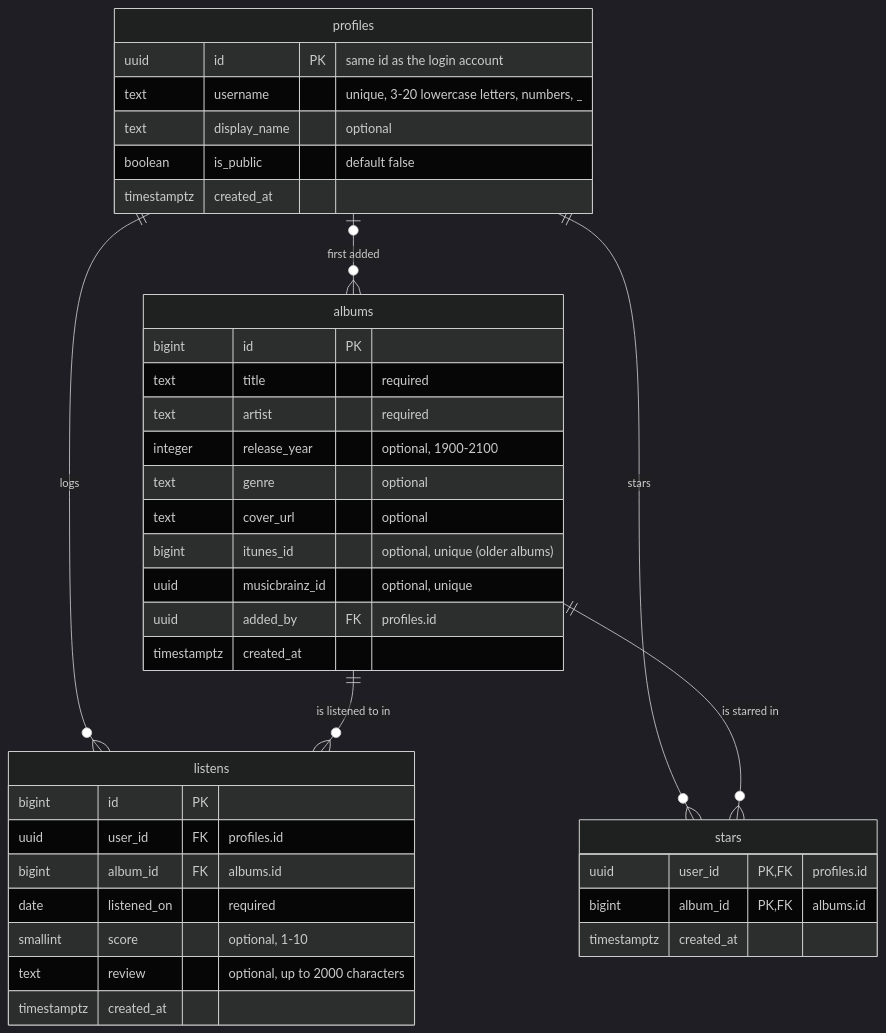
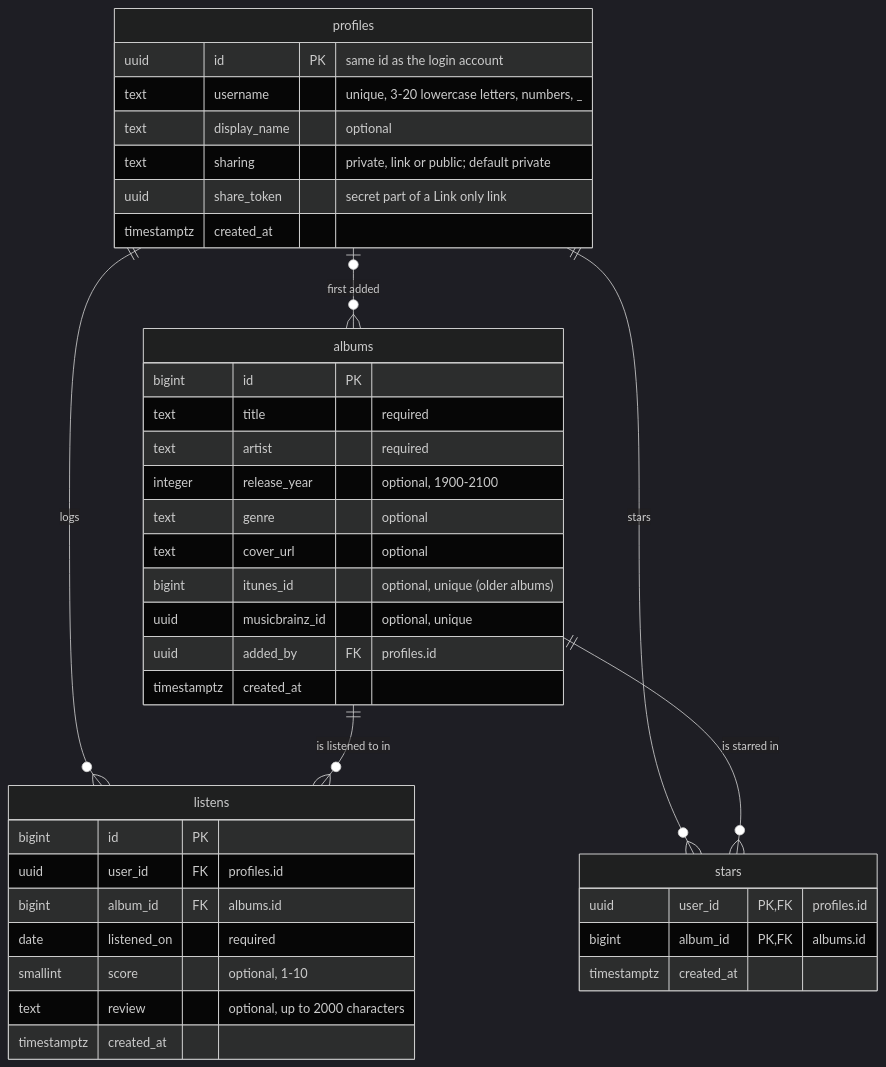
Before and after one commit to nolives/recorded: the diagram in schema.md, drawn with Mermaid (dark theme). The commit also changed other lines of this file and 11 other files, not shown here.

````diff
--- a/schema.md
+++ b/schema.md
@@ -16,42 +16,43 @@
 ```mermaid
 erDiagram
     profiles ||--o{ listens : "logs"
     albums   ||--o{ listens : "is listened to in"
     profiles ||--o{ stars   : "stars"
     albums   ||--o{ stars   : "is starred in"
     profiles |o--o{ albums  : "first added"
 
     profiles {
         uuid id PK "same id as the login account"
         text username "unique, 3-20 lowercase letters, numbers, _"
         text display_name "optional"
-        boolean is_public "default false"
+        text sharing "private, link or public; default private"
+        uuid share_token "secret part of a Link only link"
         timestamptz created_at
     }
     albums {
         bigint id PK
         text title "required"
         text artist "required"
         integer release_year "optional, 1900-2100"
         text genre "optional"
         text cover_url "optional"
         bigint itunes_id "optional, unique (older albums)"
         uuid musicbrainz_id "optional, unique"
         uuid added_by FK "profiles.id"
         timestamptz created_at
     }
     listens {
         bigint id PK
         uuid user_id FK "profiles.id"
         bigint album_id FK "albums.id"
         date listened_on "required"
         smallint score "optional, 1-10"
         text review "optional, up to 2000 characters"
         timestamptz created_at
     }
     stars {
         uuid user_id PK, FK "profiles.id"
         bigint album_id PK, FK "albums.id"
         timestamptz created_at
     }
 ```
````
